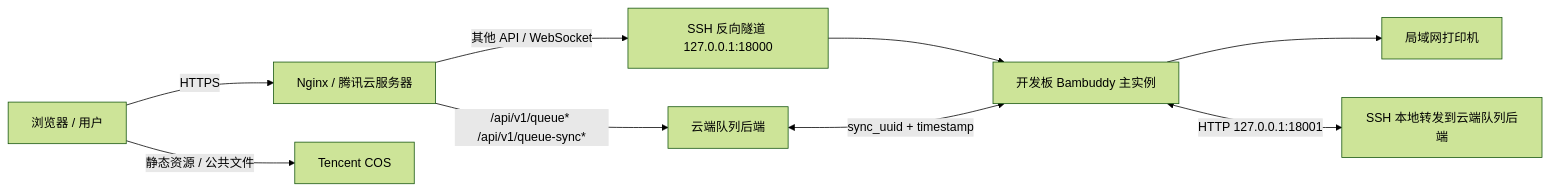
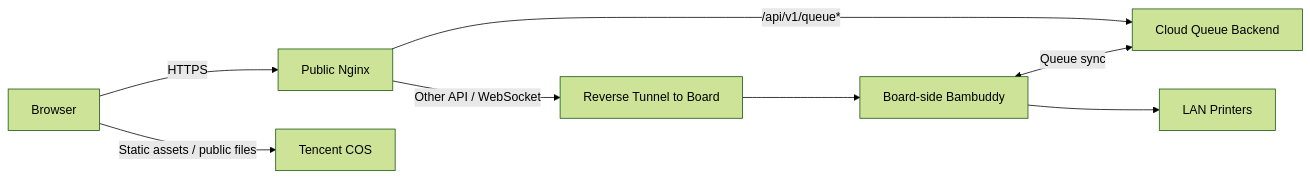
The diagram in README.md (hiwebsun0914/SYSU_ISE_3D_Print_Manger), drawn with Mermaid (forest theme) before and after one commit. The commit also changed other lines of this file and 10 other files, not shown here.

````diff
--- a/README.md
+++ b/README.md
@@ -34,11 +71,10 @@
 ```mermaid
 flowchart LR
-    U[浏览器 / 用户] -->|HTTPS| N[Nginx / 腾讯云服务器]
-    N -->|/api/v1/queue* /api/v1/queue-sync*| Q[云端队列后端]
-    N -->|其他 API / WebSocket| T[SSH 反向隧道 127.0.0.1:18000]
-    T --> B[开发板 Bambuddy 主实例]
-    B --> P[局域网打印机]
-    B <-->|HTTP 127.0.0.1:18001| F[SSH 本地转发到云端队列后端]
-    Q <-->|sync_uuid + timestamp| B
-    U -->|静态资源 / 公共文件| C[Tencent COS]
+    U[Browser] -->|HTTPS| N[Public Nginx]
+    N -->|/api/v1/queue*| Q[Cloud Queue Backend]
+    N -->|Other API / WebSocket| T[Reverse Tunnel to Board]
+    T --> B[Board-side Bambuddy]
+    B --> P[LAN Printers]
+    B <-->|Queue sync| Q
+    U -->|Static assets / public files| C[Tencent COS]
 ```
````
